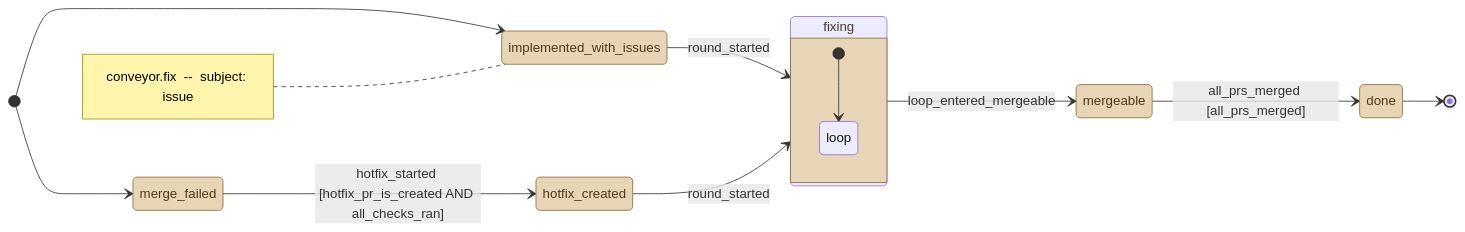
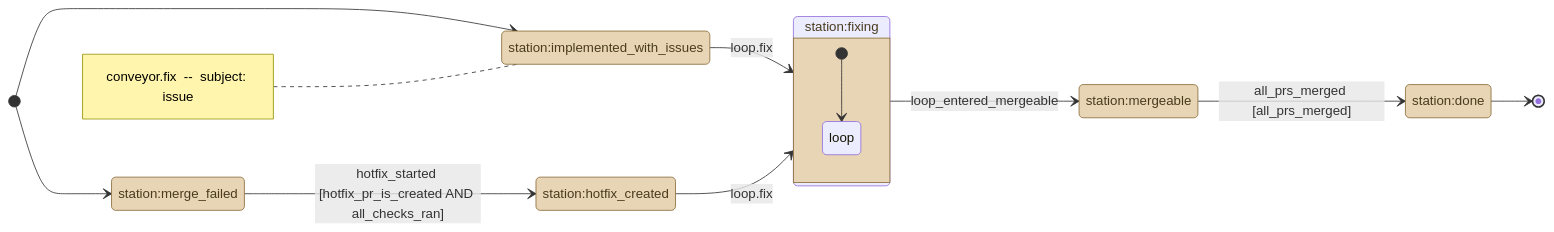
Before and after one commit to kostiantyn-matsebora/agent-ops-operator: the diagram in .github/conveyor-model/mermaid/conveyor_fix.mmd, drawn with Mermaid. The commit also changed 7 other files, not shown here.

```diff
--- a/.github/conveyor-model/mermaid/conveyor_fix.mmd
+++ b/.github/conveyor-model/mermaid/conveyor_fix.mmd
@@ -1,26 +1,26 @@
 stateDiagram-v2
     direction LR
-    [*] --> implemented_with_issues
-    [*] --> merge_failed
-    note left of implemented_with_issues
+    [*] --> station_implemented_with_issues
+    [*] --> station_merge_failed
+    note left of station_implemented_with_issues
         conveyor.fix  --  subject: issue
     end note
     classDef stationState fill:#e8d5b5,stroke:#8a6d3b,color:#4a3b1f
     classDef loopState fill:#c9e4de,stroke:#2f6b5e,color:#1a3b33
-    state implemented_with_issues
-    state merge_failed
-    state hotfix_created
-    state fixing
-    state mergeable
-    state done
-    implemented_with_issues --> fixing : round_started
-    merge_failed --> hotfix_created : hotfix_started [hotfix_pr_is_created AND all_checks_ran]
-    hotfix_created --> fixing : round_started
-    fixing --> mergeable : loop_entered_mergeable
-    mergeable --> done : all_prs_merged [all_prs_merged]
-    done --> [*]
-    class implemented_with_issues, merge_failed, hotfix_created, fixing, mergeable, done stationState
-    state fixing {
-        [*] --> fixing__loop
-        state "loop" as fixing__loop
+    state "station:implemented_with_issues" as station_implemented_with_issues
+    state "station:merge_failed" as station_merge_failed
+    state "station:hotfix_created" as station_hotfix_created
+    state "station:fixing" as station_fixing
+    state "station:mergeable" as station_mergeable
+    state "station:done" as station_done
+    station_implemented_with_issues --> station_fixing : loop.fix
+    station_merge_failed --> station_hotfix_created : hotfix_started [hotfix_pr_is_created AND all_checks_ran]
+    station_hotfix_created --> station_fixing : loop.fix
+    station_fixing --> station_mergeable : loop_entered_mergeable
+    station_mergeable --> station_done : all_prs_merged [all_prs_merged]
+    station_done --> [*]
+    class station_implemented_with_issues, station_merge_failed, station_hotfix_created, station_fixing, station_mergeable, station_done stationState
+    state station_fixing {
+        [*] --> station_fixing__loop
+        state "loop" as station_fixing__loop
     }
```
